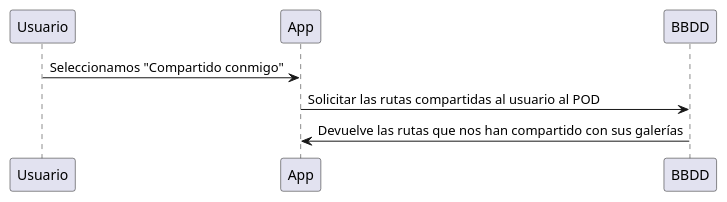
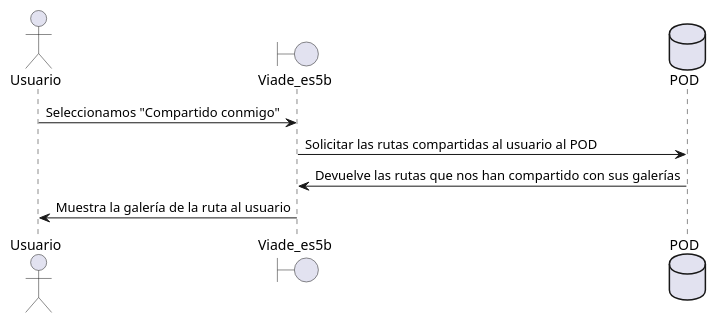
One commit to Arquisoft/viade_es5b changed diagram 16 of 16 in src/docs/06_runtime_view.adoc. Above: the diagram before and after it, drawn with PlantUML. The commit also changed other lines of this file, not shown here.

```diff
--- a/src/docs/06_runtime_view.adoc
+++ b/src/docs/06_runtime_view.adoc
@@ -358,6 +407,10 @@
 [plantuml,"DiagramaVerGaleriaRutaCompartida",png]
 ----
-Usuario -> App: Seleccionamos "Compartido conmigo"
-App -> BBDD : Solicitar las rutas compartidas al usuario al POD
-BBDD -> App: Devuelve las rutas que nos han compartido con sus galerías
+actor Usuario
+boundary Viade_es5b
+database POD
+Usuario -> Viade_es5b: Seleccionamos "Compartido conmigo"
+Viade_es5b -> POD : Solicitar las rutas compartidas al usuario al POD
+POD -> Viade_es5b: Devuelve las rutas que nos han compartido con sus galerías
+Viade_es5b -> Usuario: Muestra la galería de la ruta al usuario
 ----
```
